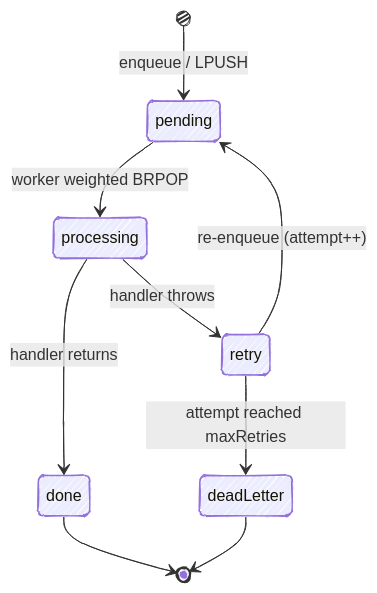
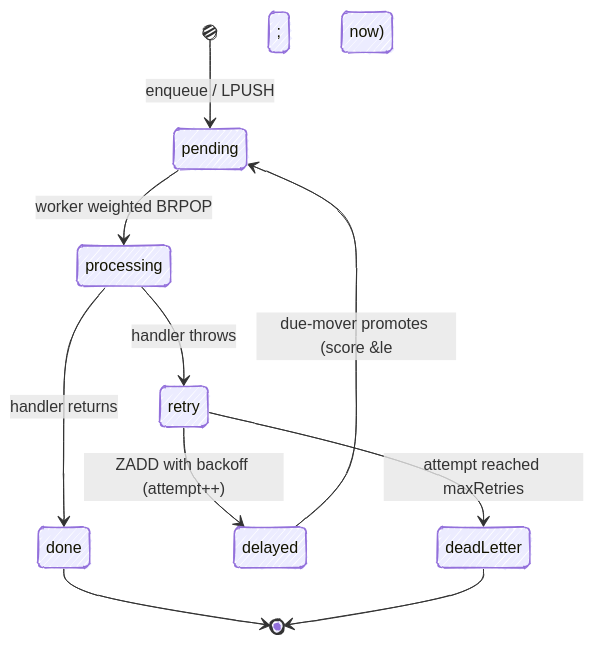
Before and after one commit to Yusufihsangorgel/redis_task_queue: the second of 2 diagrams in README.md, drawn with Mermaid. The commit also changed other lines of this file and 5 other files, not shown here.

````diff
--- a/README.md
+++ b/README.md
@@ -89,15 +95,16 @@
 ```mermaid
 ---
 config:
   look: handDrawn
 ---
 stateDiagram-v2
     [*] --> pending: enqueue / LPUSH
     pending --> processing: worker weighted BRPOP
     processing --> done: handler returns
     processing --> retry: handler throws
-    retry --> pending: re-enqueue (attempt++)
+    retry --> delayed: ZADD with backoff (attempt++)
     retry --> deadLetter: attempt reached maxRetries
+    delayed --> pending: due-mover promotes (score &le; now)
     done --> [*]
     deadLetter --> [*]
 ```
````
